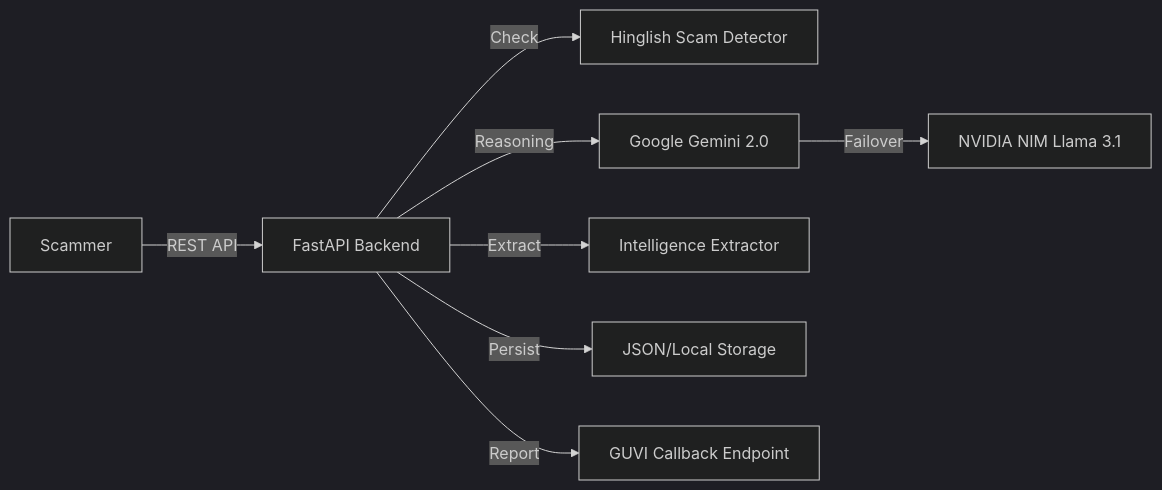
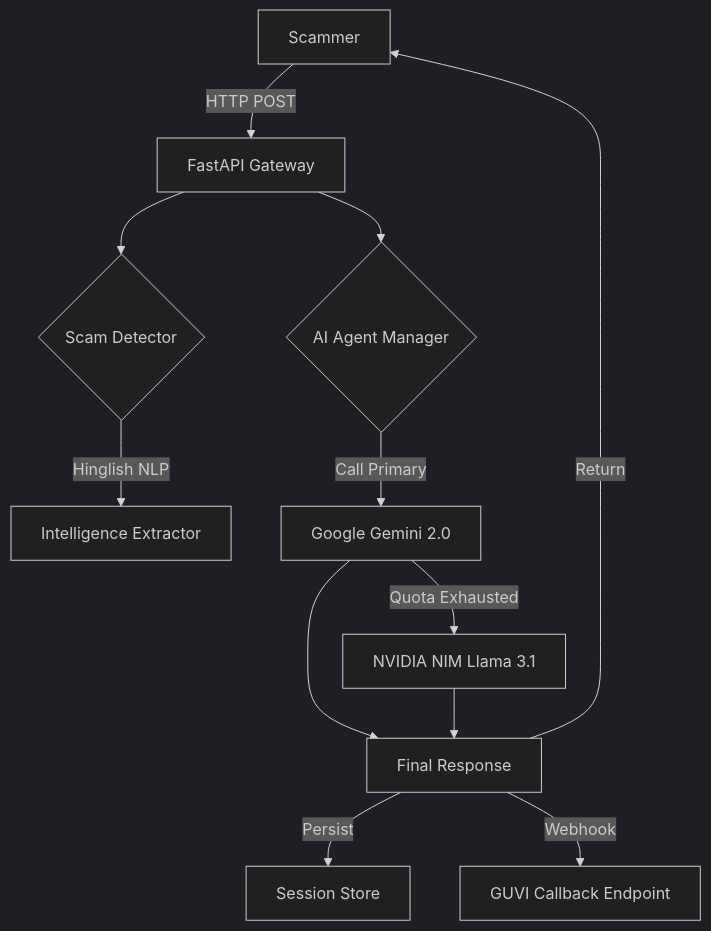
Before and after one commit to devanand8x/honeypot-api: the diagram in README.md, drawn with Mermaid (dark theme). The commit also changed other lines of this file, not shown here.

````diff
--- a/README.md
+++ b/README.md
@@ -47,10 +42,14 @@
 ```mermaid
-graph LR
-    Scammer[Scammer] -->|REST API| FastAPI[FastAPI Backend]
-    FastAPI -->|Check| Detector[Hinglish Scam Detector]
-    FastAPI -->|Reasoning| Gemini[Google Gemini 2.0]
-    Gemini -- Failover --> NVIDIA[NVIDIA NIM Llama 3.1]
-    FastAPI -->|Extract| Intel[Intelligence Extractor]
-    FastAPI -->|Persist| Session[JSON/Local Storage]
-    FastAPI -->|Report| GUVI[GUVI Callback Endpoint]
+graph TD
+    A[Scammer] -->|HTTP POST| B[FastAPI Gateway]
+    B --> C{Scam Detector}
+    C -->|Hinglish NLP| D[Intelligence Extractor]
+    B --> E{AI Agent Manager}
+    E -->|Call Primary| F[Google Gemini 2.0]
+    F -- Quota Exhausted --> G[NVIDIA NIM Llama 3.1]
+    F --> H[Final Response]
+    G --> H
+    H -->|Persist| I[Session Store]
+    H -->|Webhook| J[GUVI Callback Endpoint]
+    H -->|Return| A
 ```
````
